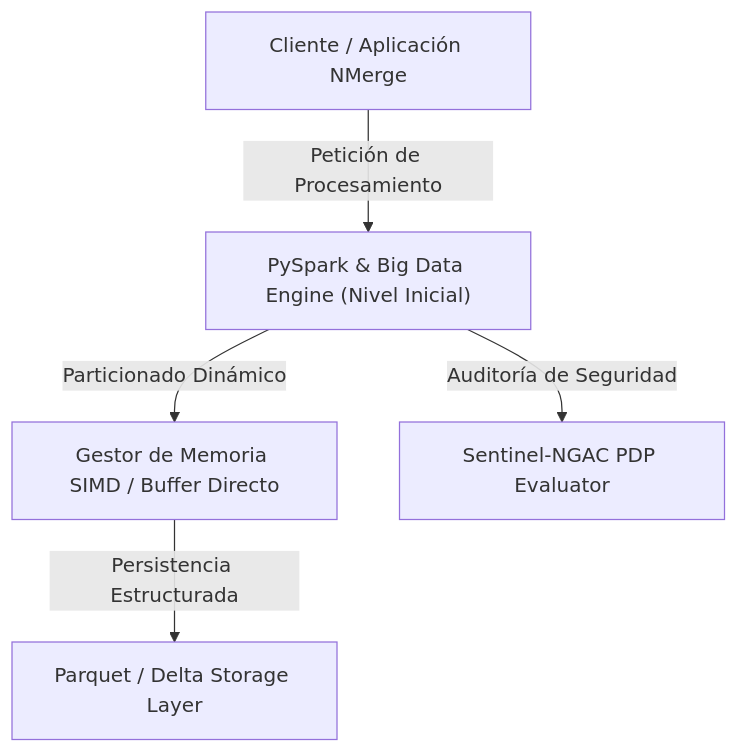
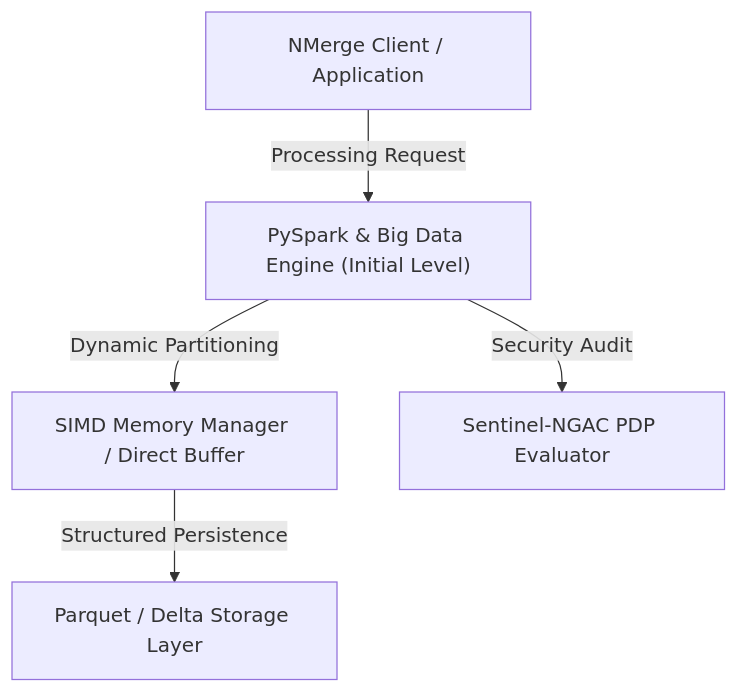
One commit to gjpierp/nmergeia changed the diagram in public/docs/en/datascience_pyspark.md. Above: the diagram before and after it, drawn with Mermaid. The commit also changed other lines of this file and 182 other files, not shown here.

Commit message:
fix(i18n): sincronizar claves de menú i18n para los 7 idiomas, traducir diagramas Mermaid y agregar fallback a español contra 404 de Vite

````diff
--- a/public/docs/en/datascience_pyspark.md
+++ b/public/docs/en/datascience_pyspark.md
@@ -16,7 +16,7 @@
 ```mermaid
 flowchart TD
-    A["Cliente / Aplicación NMerge"] -->|Petición de Procesamiento| B["PySpark & Big Data Engine (Nivel Inicial)"]
-    B -->|Particionado Dinámico| C["Gestor de Memoria SIMD / Buffer Directo"]
-    C -->|Persistencia Estructurada| D["Parquet / Delta Storage Layer"]
-    B -->|Auditoría de Seguridad| E["Sentinel-NGAC PDP Evaluator"]
+    A["NMerge Client / Application"] -->|Processing Request| B["PySpark & Big Data Engine (Initial Level)"]
+    B -->|Dynamic Partitioning| C["SIMD Memory Manager / Direct Buffer"]
+    C -->|Structured Persistence| D["Parquet / Delta Storage Layer"]
+    B -->|Security Audit| E["Sentinel-NGAC PDP Evaluator"]
 ```
````
